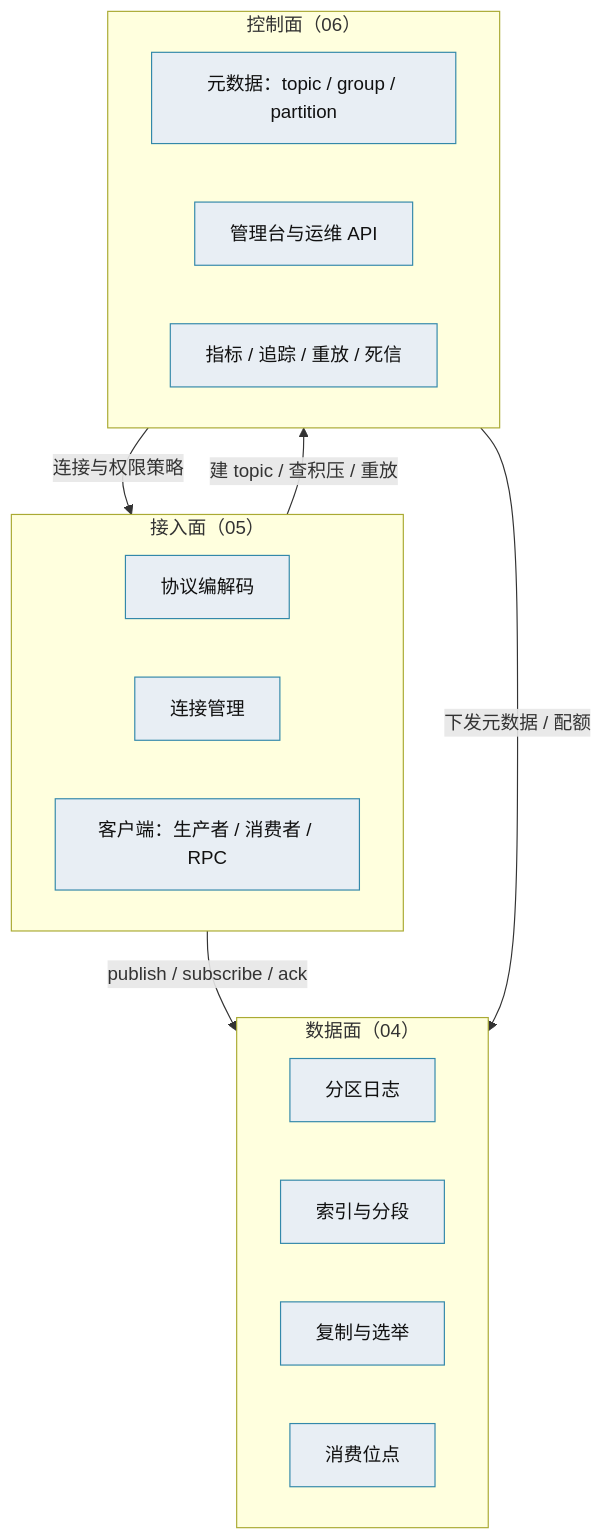
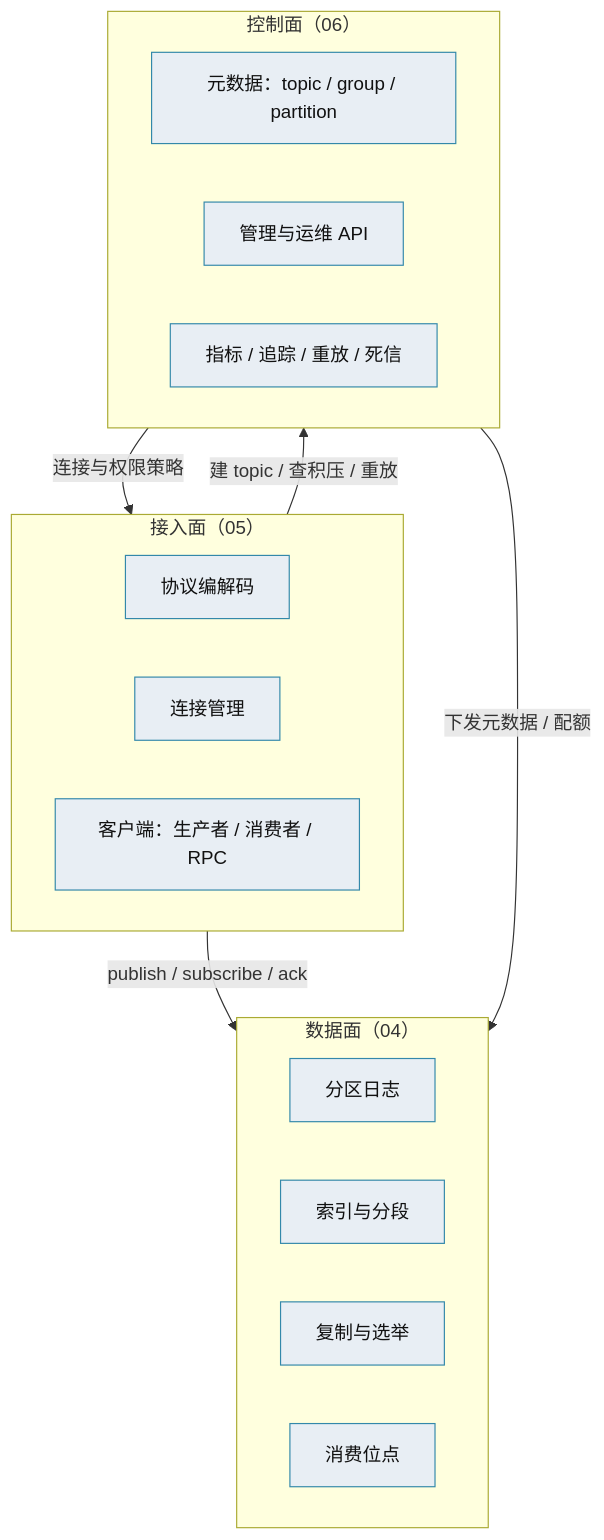
One commit to minjian123/message-platform changed the diagram in msg文档/设计/架构设计/01_架构设计_总览.md. Above: the diagram before and after it, drawn with Mermaid. The commit also changed other lines of this file and 54 other files, not shown here.

````diff
--- a/msg文档/设计/架构设计/01_架构设计_总览.md
+++ b/msg文档/设计/架构设计/01_架构设计_总览.md
@@ -47,25 +47,25 @@
 ```mermaid
 flowchart TB
     subgraph AP["接入面（05）"]
         A1["协议编解码"]
         A2["连接管理"]
         A3["客户端：生产者 / 消费者 / RPC"]
     end
     subgraph DP["数据面（04）"]
         D1["分区日志"]
         D2["索引与分段"]
         D3["复制与选举"]
         D4["消费位点"]
     end
     subgraph CP["控制面（06）"]
         C1["元数据：topic / group / partition"]
-        C2["管理台与运维 API"]
+        C2["管理与运维 API"]
         C3["指标 / 追踪 / 重放 / 死信"]
     end
     AP -->|"publish / subscribe / ack"| DP
     AP -->|"建 topic / 查积压 / 重放"| CP
     CP -->|"下发元数据 / 配额"| DP
     CP -->|"连接与权限策略"| AP
     classDef p fill:#e8eef4,stroke:#38a,color:#111
     class A1,A2,A3,D1,D2,D3,D4,C1,C2,C3 p
 ```
````
